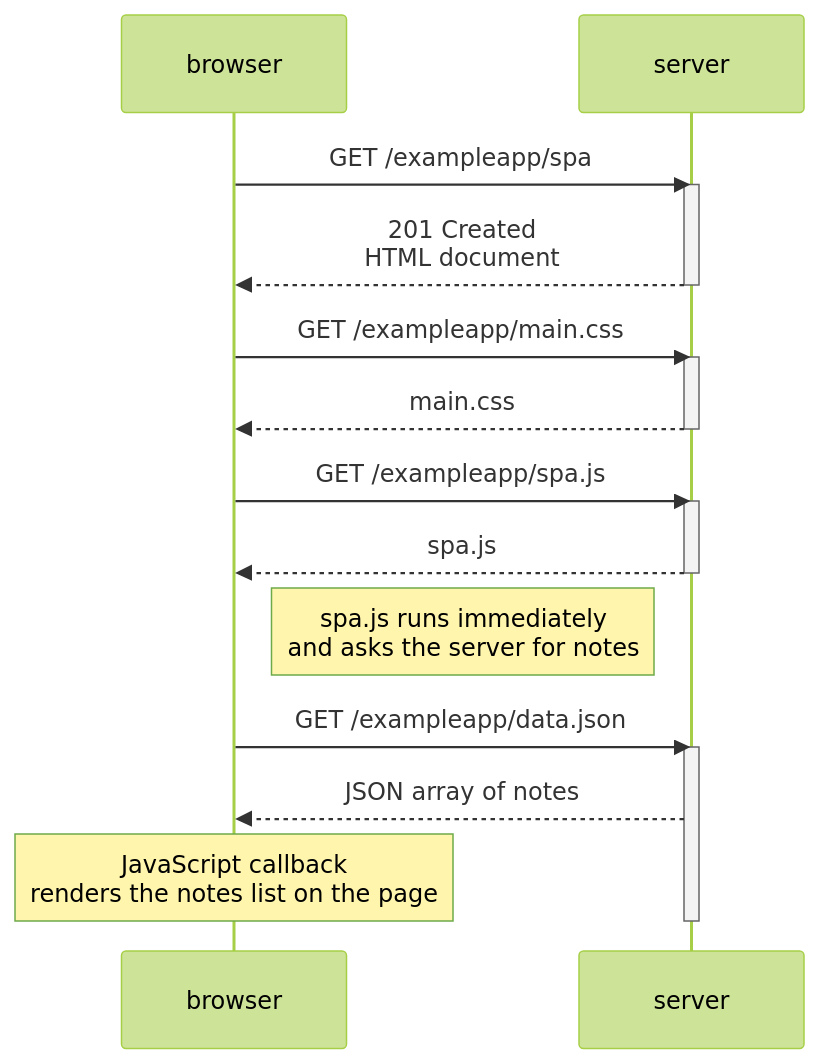
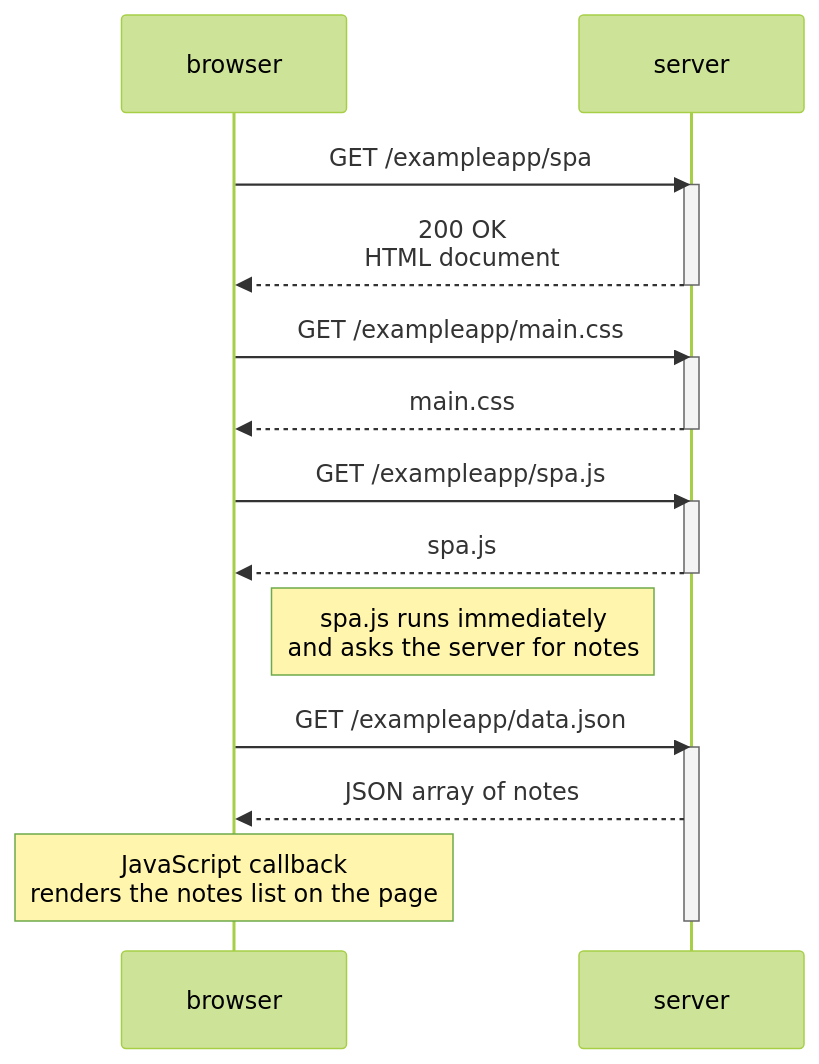
The diagram in ex0.5_diagrams.md (shermszz/FullStackOpen), drawn with Mermaid (forest theme) before and after one commit. The commit also changed 1 other file, not shown here.

Commit message:
updated ex0.5 ex0.6

````diff
--- a/ex0.5_diagrams.md
+++ b/ex0.5_diagrams.md
@@ -1,30 +1,30 @@
 ```mermaid
 sequenceDiagram
     participant browser
     participant server
 
     %% 1 – INITIAL PAGE REQUEST
     browser->>server: GET /exampleapp/spa
     activate server
-    server-->>browser: 201 Created <br/>HTML document
+    server-->>browser: 200 OK <br/>HTML document
     deactivate server
 
     %% 2 – STATIC ASSETS FOR THE SPA SHELL
     browser->>server: GET /exampleapp/main.css
     activate server
     server-->>browser: main.css
     deactivate server
 
     browser->>server: GET /exampleapp/spa.js
     activate server
     server-->>browser: spa.js
     deactivate server
 
     %% 3 – SPA BOOTSTRAP: FETCH DATA
     Note right of browser: spa.js runs immediately<br/>and asks the server for notes
     browser->>server: GET /exampleapp/data.json
     activate server
     server-->>browser: JSON array of notes
     Note over browser: JavaScript callback<br/>renders the notes list on the page
     deactivate server
 ```
````
